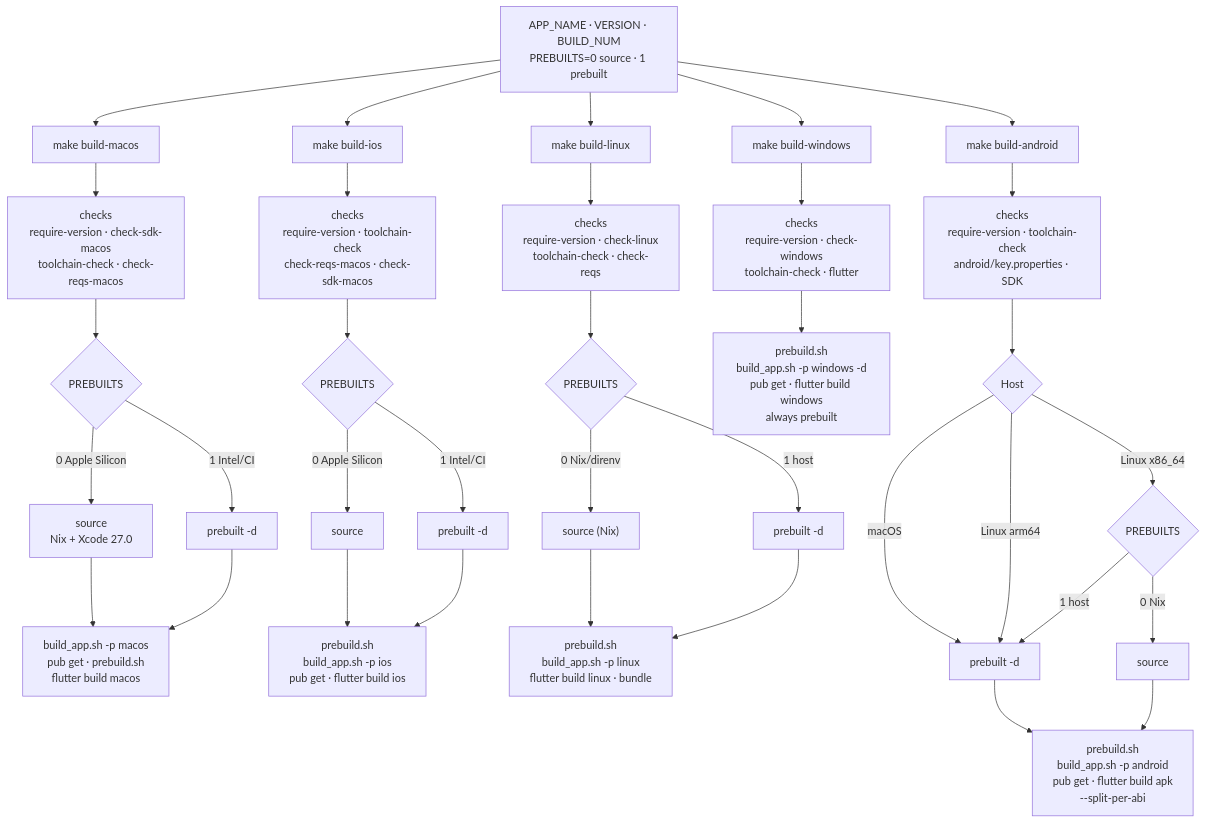
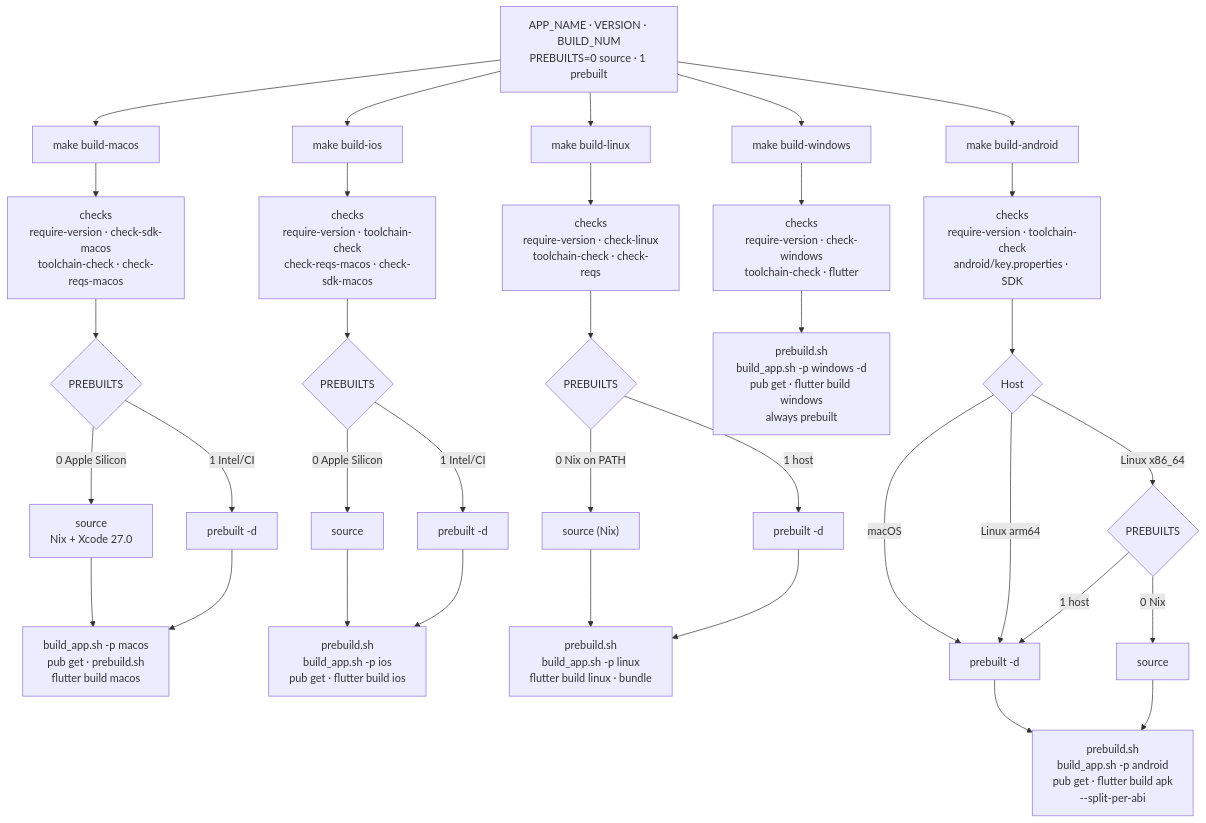
The second of 2 diagrams in docs/building/make-flow.md (cypherstack/stack_wallet), drawn with Mermaid before and after one commit.

Commit message:
docs: label source mode by Nix availability
The diagram now says Nix on PATH, matching the Makefile guard and the
build_app.sh check.

````diff
--- a/docs/building/make-flow.md
+++ b/docs/building/make-flow.md
@@ -57,43 +57,43 @@
 ```mermaid
 flowchart TD
     O["APP_NAME · VERSION · BUILD_NUM<br/>PREBUILTS=0 source · 1 prebuilt"]
     O --> MAC["make build-macos"]
     O --> IOS["make build-ios"]
     O --> LINUX["make build-linux"]
     O --> WIN["make build-windows"]
     O --> AND["make build-android"]
 
     MAC --> MC["checks<br/>require-version · check-sdk-macos<br/>toolchain-check · check-reqs-macos"]
     MC --> MP{"PREBUILTS"}
     MP -- "0 Apple Silicon" --> MS["source<br/>Nix + Xcode 27.0"]
     MP -- "1 Intel/CI" --> MB["prebuilt -d"]
     MS --> MR["build_app.sh -p macos<br/>pub get · prebuild.sh<br/>flutter build macos"]
     MB --> MR
 
     IOS --> IC["checks<br/>require-version · toolchain-check<br/>check-reqs-macos · check-sdk-macos"]
     IC --> IP{"PREBUILTS"}
     IP -- "0 Apple Silicon" --> IS["source"]
     IP -- "1 Intel/CI" --> IB["prebuilt -d"]
     IS --> IR["prebuild.sh<br/>build_app.sh -p ios<br/>pub get · flutter build ios"]
     IB --> IR
 
     LINUX --> LC["checks<br/>require-version · check-linux<br/>toolchain-check · check-reqs"]
     LC --> LP{"PREBUILTS"}
-    LP -- "0 Nix/direnv" --> LS["source (Nix)"]
+    LP -- "0 Nix on PATH" --> LS["source (Nix)"]
     LP -- "1 host" --> LB["prebuilt -d"]
     LS --> LR["prebuild.sh<br/>build_app.sh -p linux<br/>flutter build linux · bundle"]
     LB --> LR
 
     WIN --> WC["checks<br/>require-version · check-windows<br/>toolchain-check · flutter"]
     WC --> WR["prebuild.sh<br/>build_app.sh -p windows -d<br/>pub get · flutter build windows<br/>always prebuilt"]
 
     AND --> AC["checks<br/>require-version · toolchain-check<br/>android/key.properties · SDK"]
     AC --> AH{"Host"}
     AH -- macOS --> AB["prebuilt -d"]
     AH -- "Linux arm64" --> AB
     AH -- "Linux x86_64" --> AP{"PREBUILTS"}
     AP -- "0 Nix" --> AS["source"]
     AP -- "1 host" --> AB
     AB --> AR["prebuild.sh<br/>build_app.sh -p android<br/>pub get · flutter build apk<br/>--split-per-abi"]
     AS --> AR
 ```
````
